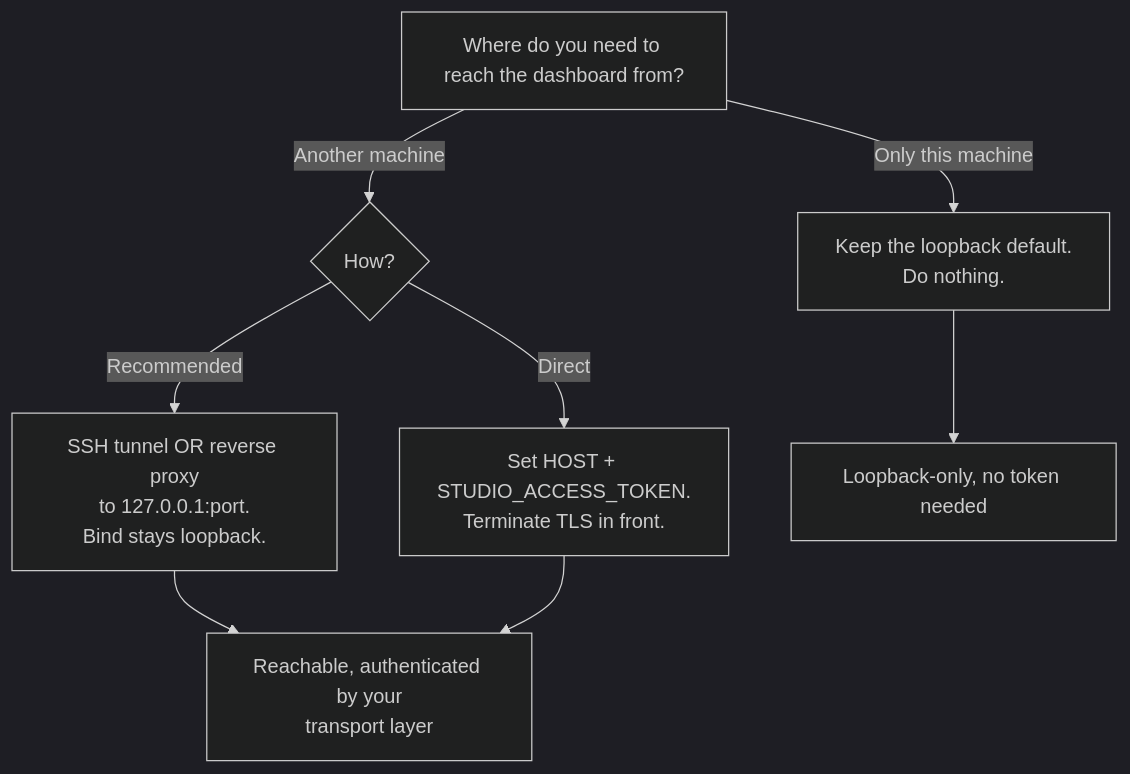
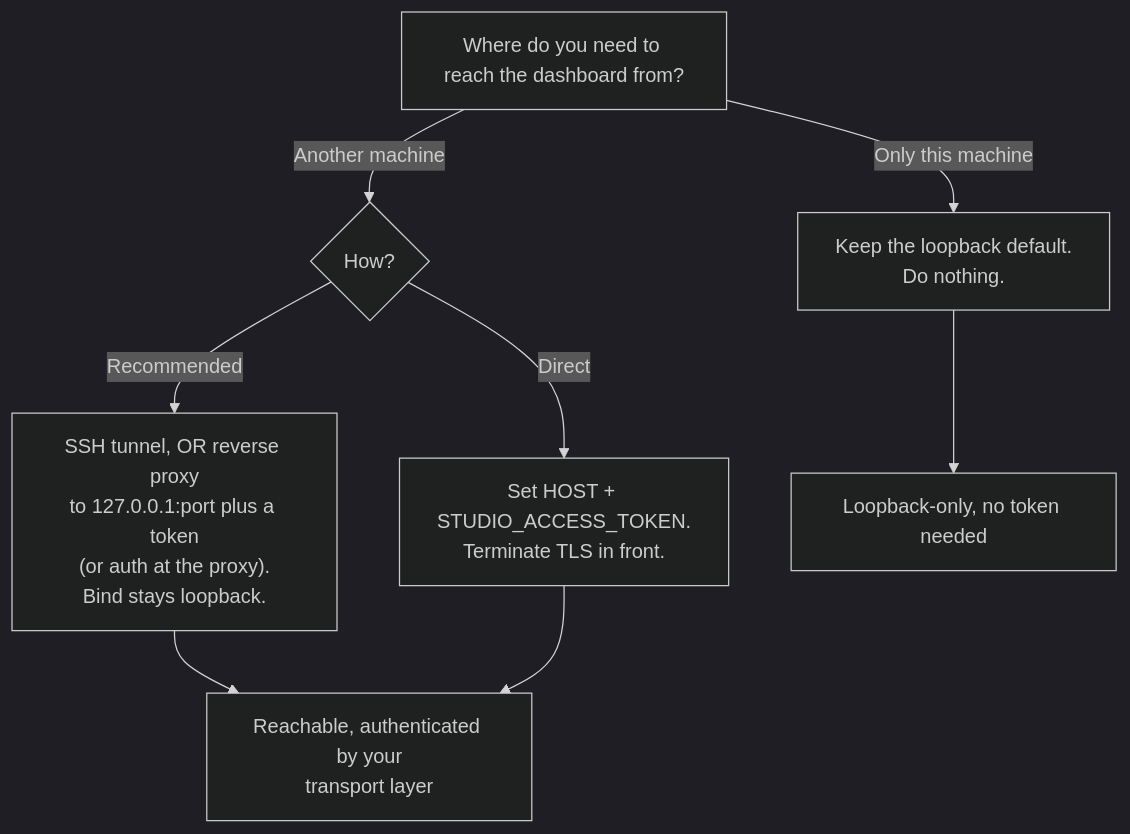
One commit to clawboo/clawboo changed the diagram in docs/guides/self-host-securely.md. Above: the diagram before and after it, drawn with Mermaid (dark theme). The commit also changed other lines of this file and 40 other files, not shown here.

````diff
--- a/docs/guides/self-host-securely.md
+++ b/docs/guides/self-host-securely.md
@@ -22,11 +22,11 @@
 ```mermaid
 flowchart TD
     start["Where do you need to reach the dashboard from?"]
     start -->|"Only this machine"| keep["Keep the loopback default.<br/>Do nothing."]
     start -->|"Another machine"| how{"How?"}
-    how -->|"Recommended"| tunnel["SSH tunnel OR reverse proxy<br/>to 127.0.0.1:port.<br/>Bind stays loopback."]
+    how -->|"Recommended"| tunnel["SSH tunnel, OR reverse proxy<br/>to 127.0.0.1:port plus a token<br/>(or auth at the proxy).<br/>Bind stays loopback."]
     how -->|"Direct"| wide["Set HOST + STUDIO_ACCESS_TOKEN.<br/>Terminate TLS in front."]
     tunnel --> done["Reachable, authenticated by your<br/>transport layer"]
     wide --> done
     keep --> done2["Loopback-only, no token needed"]
 ```
````
